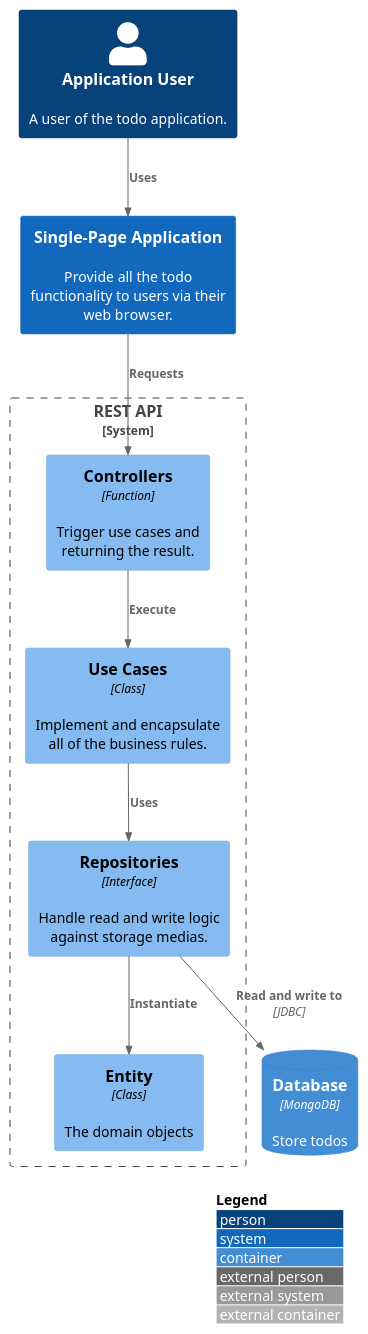
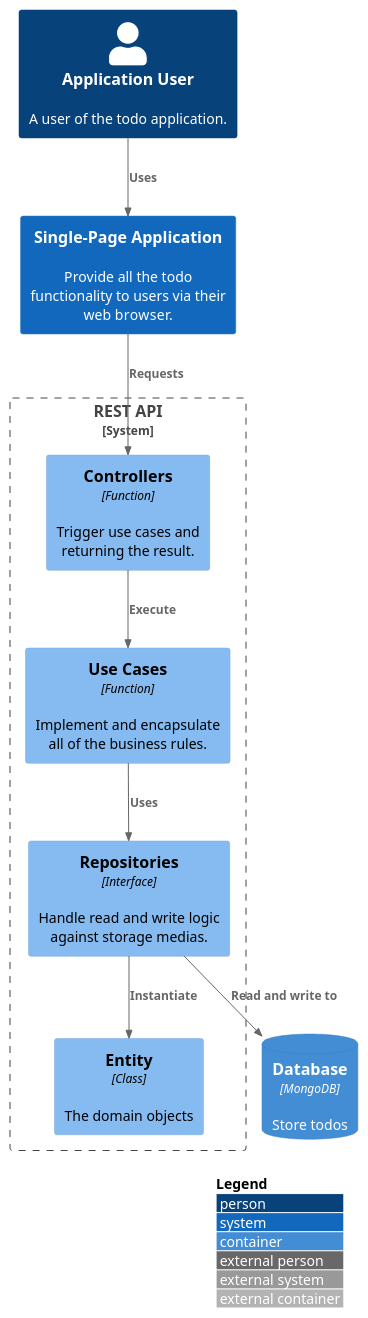
The diagram in documentation/static/puml/api-level-3.puml (equinor/template-fastapi-react), drawn with PlantUML before and after one commit. The commit also changed 65 other files, not shown here.

```diff
--- a/documentation/static/puml/api-level-3.puml
+++ b/documentation/static/puml/api-level-3.puml
@@ -1,30 +1,30 @@
 @startuml
 
 !include https://raw.githubusercontent.com/plantuml-stdlib/C4-PlantUML/master/C4_Component.puml
 !include https://raw.githubusercontent.com/plantuml-stdlib/C4-PlantUML/master/C4_Container.puml
 
 LAYOUT_WITH_LEGEND()
 
 Person(application_users, "Application User", "A user of the todo application.")
 
 System(web, "Single-Page Application", "Provide all the todo functionality to users via their web browser. ")
 
 Rel(application_users, web, "Uses")
 
 System_Boundary(api, "REST API") {
    Component(controllers, "Controllers", "Function", "Trigger use cases and returning the result.")
-   Component(use_cases, "Use Cases", "Class", "Implement and encapsulate all of the business rules.")
+   Component(use_cases, "Use Cases", "Function", "Implement and encapsulate all of the business rules.")
    Component(repositories, "Repositories", "Interface", "Handle read and write logic against storage medias.")
    Component(entities, "Entity", "Class", "The domain objects")
 
    Rel(controllers, use_cases, "Execute")
    Rel(use_cases, repositories, "Uses")
    Rel(repositories, entities, "Instantiate")
 }
 
 Rel(web, controllers, "Requests")
 
 ContainerDb(database, "Database", "MongoDB", "Store todos")
-Rel(repositories, database, "Read and write to", "JDBC")
+Rel(repositories, database, "Read and write to")
 
 @enduml
```
